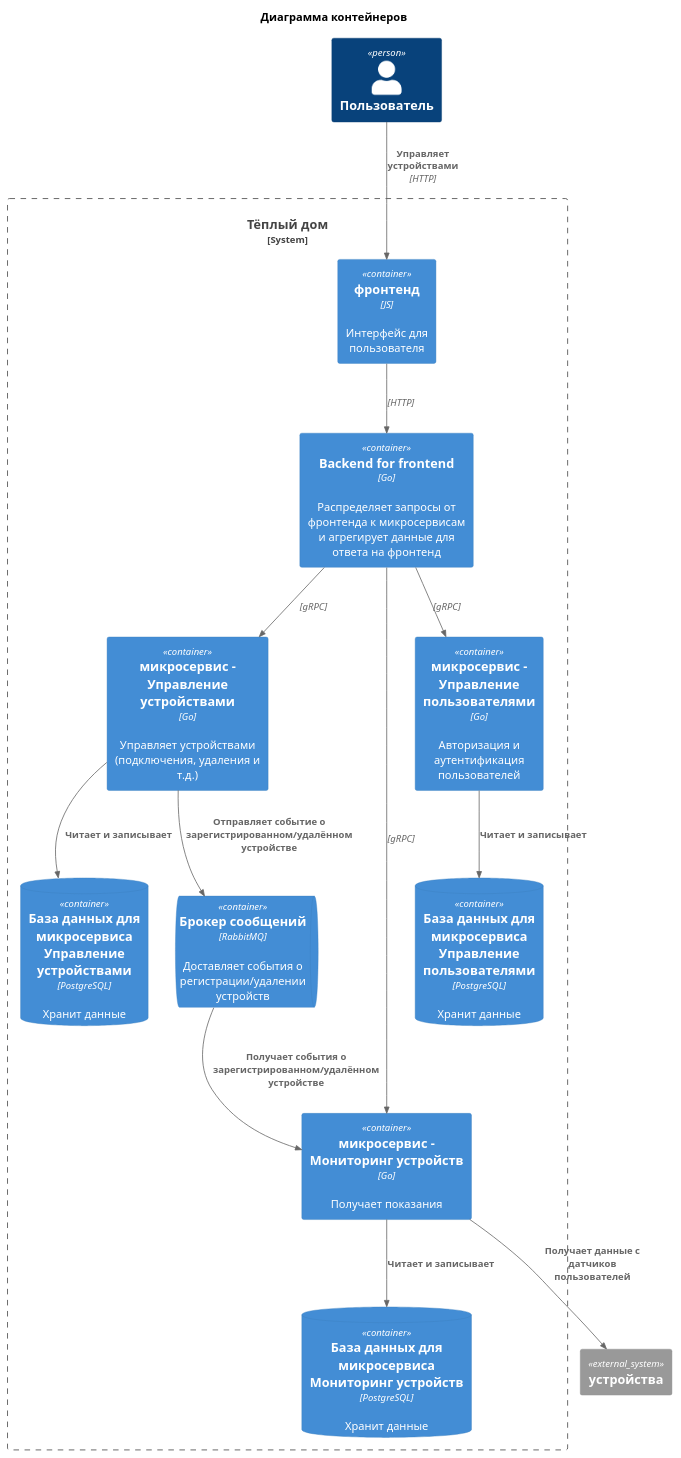
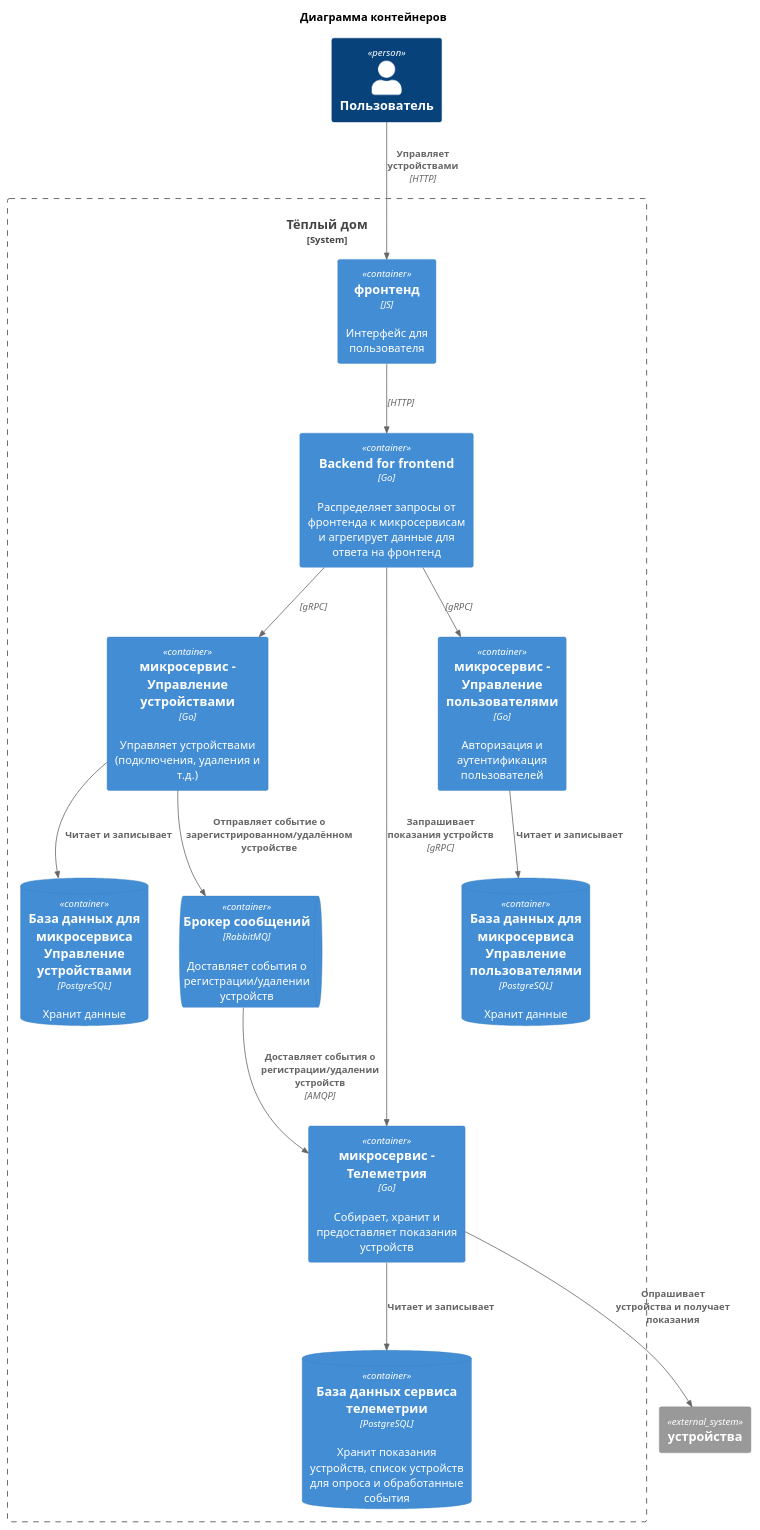
One commit to NikolosHGW/architecture-pro-warmhouse changed the diagram in schemas/2/container.puml. Above: the diagram before and after it, drawn with PlantUML. The commit also changed 1 other file, not shown here.

Commit message:
Задание 2: Диаграмма компонентов - Мониторинг устройств update

```diff
--- a/schemas/2/container.puml
+++ b/schemas/2/container.puml
@@ -1,43 +1,43 @@
 @startuml
 !include <C4/C4_Container>
 
 title Диаграмма контейнеров
 
 Person(user, "Пользователь")
 
 System_Boundary(warmhouse, "Тёплый дом") {
 
     Container(web_client, "фронтенд", "JS", "Интерфейс для пользователя")
 
     Container(bff, "Backend for frontend", "Go", "Распределяет запросы от фронтенда к микросервисам и агрегирует данные для ответа на фронтенд")
 
     Container(devices, "микросервис - Управление устройствами", "Go", "Управляет устройствами (подключения, удаления и т.д.)")
 
     ContainerDb(devices_db, "База данных для микросервиса Управление устройствами", "PostgreSQL", "Хранит данные")
 
-    Container(monitoring, "микросервис - Мониторинг устройств", "Go", "Получает показания")
+    Container(telemetry, "микросервис - Телеметрия", "Go", "Собирает, хранит и предоставляет показания устройств")
 
-    ContainerDb(monitoring_db, "База данных для микросервиса Мониторинг устройств", "PostgreSQL", "Хранит данные")
+    ContainerDb(telemetry_db, "База данных сервиса телеметрии", "PostgreSQL", "Хранит показания устройств, список устройств для опроса и обработанные события")
 
     Container(auth, "микросервис - Управление пользователями", "Go", "Авторизация и аутентификация пользователей")
 
     ContainerDb(auth_db, "База данных для микросервиса Управление пользователями", "PostgreSQL", "Хранит данные")
 
     ContainerQueue(rabbitmq, "Брокер сообщений", "RabbitMQ", "Доставляет события о регистрации/удалении устройств")
 }
 
 System_Ext("user_devices", "устройства")
 
 Rel(user, web_client, "Управляет устройствами", "HTTP")
 Rel(web_client, bff, "", "HTTP")
 Rel(bff, devices, "", "gRPC")
-Rel(bff, monitoring, "", "gRPC")
+Rel(bff, telemetry, "Запрашивает показания устройств", "gRPC")
 Rel(bff, auth, "", "gRPC")
 Rel(devices, devices_db, "Читает и записывает")
-Rel(monitoring, monitoring_db, "Читает и записывает")
+Rel(telemetry, telemetry_db, "Читает и записывает")
 Rel(auth, auth_db, "Читает и записывает")
-Rel(monitoring, user_devices, "Получает данные с датчиков пользователей")
+Rel(telemetry, user_devices, "Опрашивает устройства и получает показания")
 Rel(devices, rabbitmq, "Отправляет событие о зарегистрированном/удалённом устройстве")
-Rel(rabbitmq, monitoring, "Получает события о зарегистрированном/удалённом устройстве")
+Rel(rabbitmq, telemetry, "Доставляет события о регистрации/удалении устройств", "AMQP")
 
 @enduml
```
